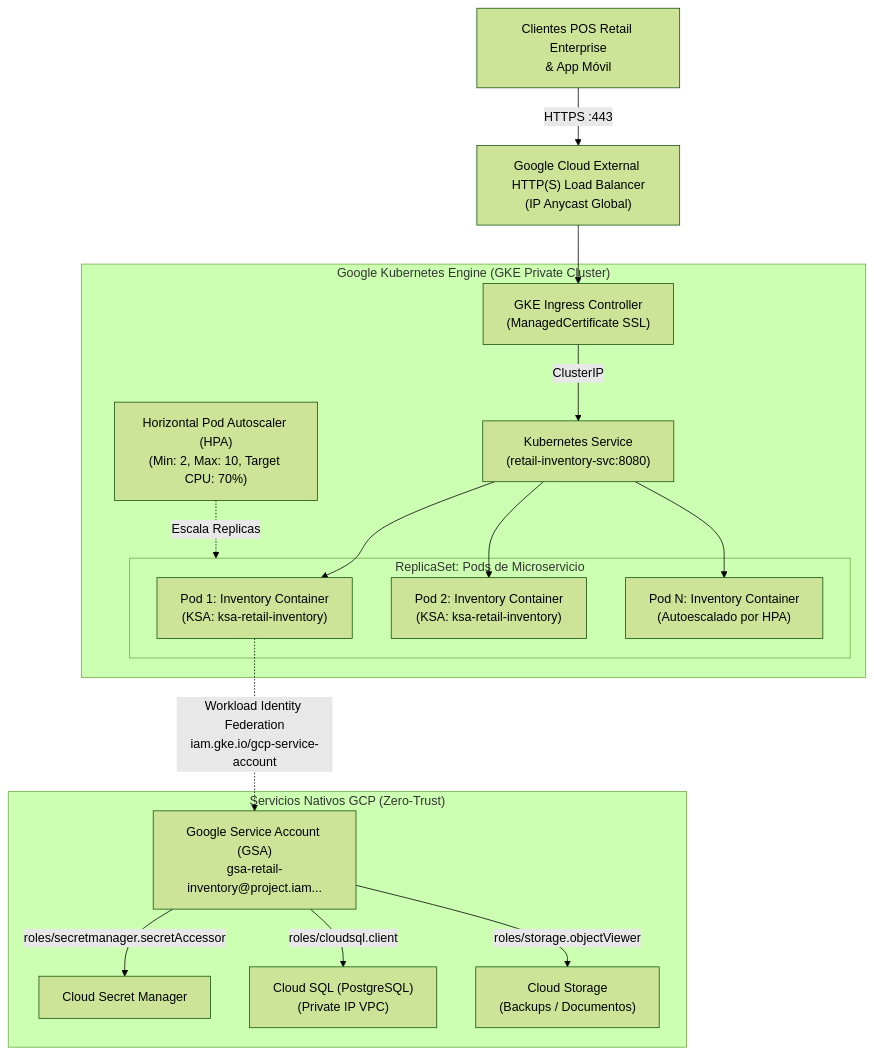
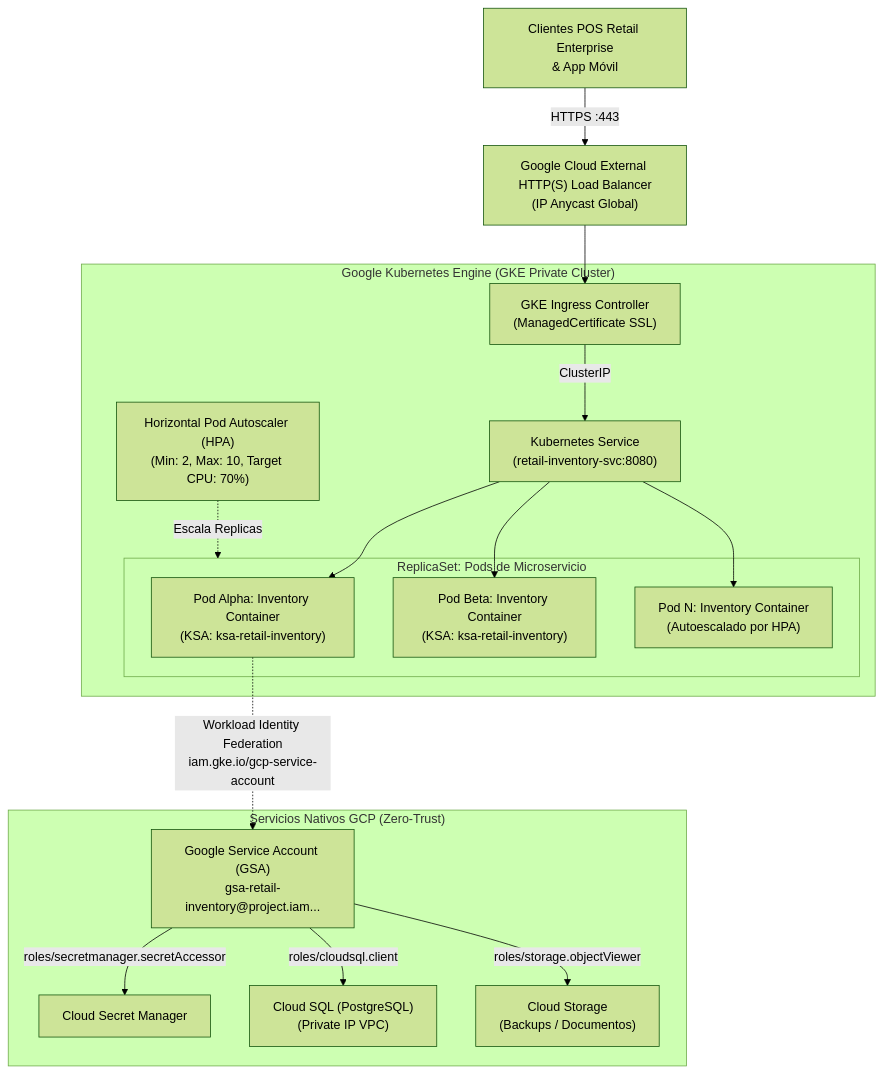
One commit to develasquez/full-stack-engineer changed the diagram in docs/05_S4_KUBERNETES_EN_PRODUCCION.md. Above: the diagram before and after it, drawn with Mermaid (forest theme). The commit also changed other lines of this file and 3 other files, not shown here.

````diff
--- a/docs/05_S4_KUBERNETES_EN_PRODUCCION.md
+++ b/docs/05_S4_KUBERNETES_EN_PRODUCCION.md
@@ -29,34 +29,34 @@
 ```mermaid
 flowchart TD
     Internet["Clientes POS Retail Enterprise\n& App Móvil"] -->|HTTPS :443| LB["Google Cloud External HTTP(S) Load Balancer\n(IP Anycast Global)"]
     
     subgraph GKECluster ["Google Kubernetes Engine (GKE Private Cluster)"]
         Ingress["GKE Ingress Controller\n(ManagedCertificate SSL)"] -->|ClusterIP| Svc["Kubernetes Service\n(retail-inventory-svc:8080)"]
         
         subgraph PodGroup ["ReplicaSet: Pods de Microservicio"]
-            Pod1["Pod 1: Inventory Container\n(KSA: ksa-retail-inventory)"]
-            Pod2["Pod 2: Inventory Container\n(KSA: ksa-retail-inventory)"]
-            Pod3["Pod N: Inventory Container\n(Autoescalado por HPA)"]
+            PodAlpha["Pod Alpha: Inventory Container\n(KSA: ksa-retail-inventory)"]
+            PodBeta["Pod Beta: Inventory Container\n(KSA: ksa-retail-inventory)"]
+            PodN["Pod N: Inventory Container\n(Autoescalado por HPA)"]
         end
         
-        Svc --> Pod1
-        Svc --> Pod2
-        Svc --> Pod3
+        Svc --> PodAlpha
+        Svc --> PodBeta
+        Svc --> PodN
         
         HPA["Horizontal Pod Autoscaler (HPA)\n(Min: 2, Max: 10, Target CPU: 70%)"] -.->|Escala Replicas| PodGroup
     end
     
     LB --> Ingress
 
     subgraph GCPCloud ["Servicios Nativos GCP (Zero-Trust)"]
         GSA["Google Service Account (GSA)\ngsa-retail-inventory@project.iam..."]
         SecretMgr["Cloud Secret Manager"]
         CloudSQL["Cloud SQL (PostgreSQL)\n(Private IP VPC)"]
         GCS["Cloud Storage\n(Backups / Documentos)"]
     end
 
-    Pod1 -.->|Workload Identity Federation\niam.gke.io/gcp-service-account| GSA
+    PodAlpha -.->|Workload Identity Federation\niam.gke.io/gcp-service-account| GSA
     GSA -->|roles/secretmanager.secretAccessor| SecretMgr
     GSA -->|roles/cloudsql.client| CloudSQL
     GSA -->|roles/storage.objectViewer| GCS
 ```
````
